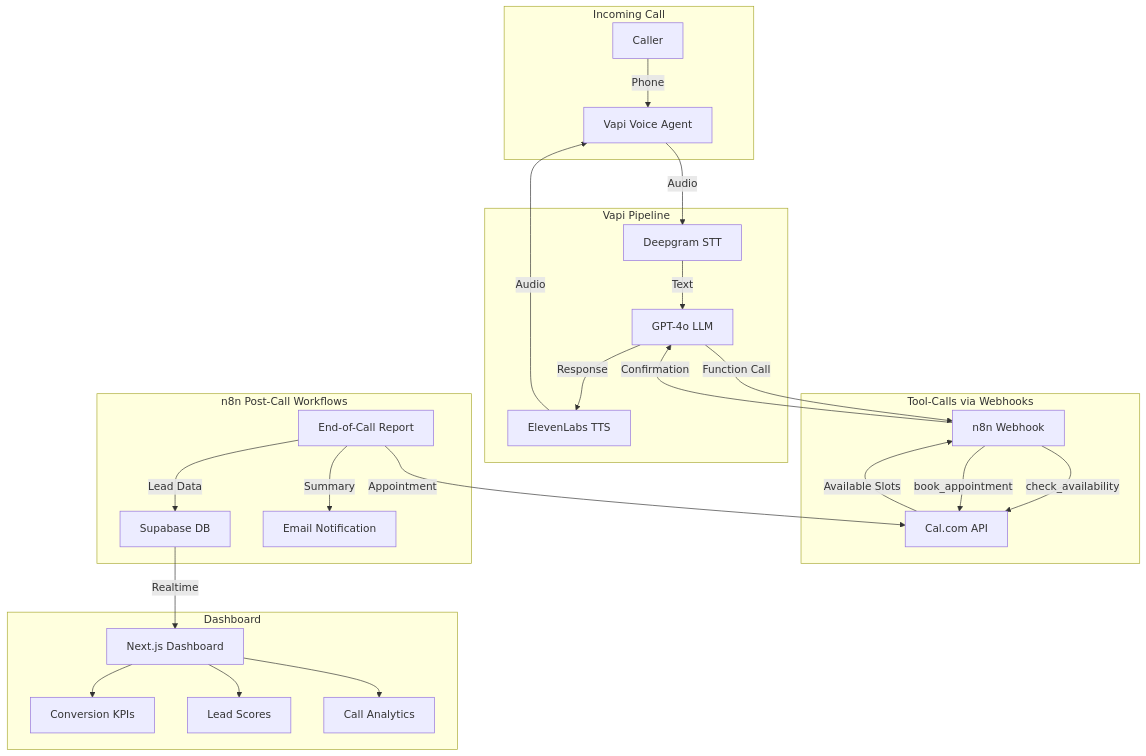
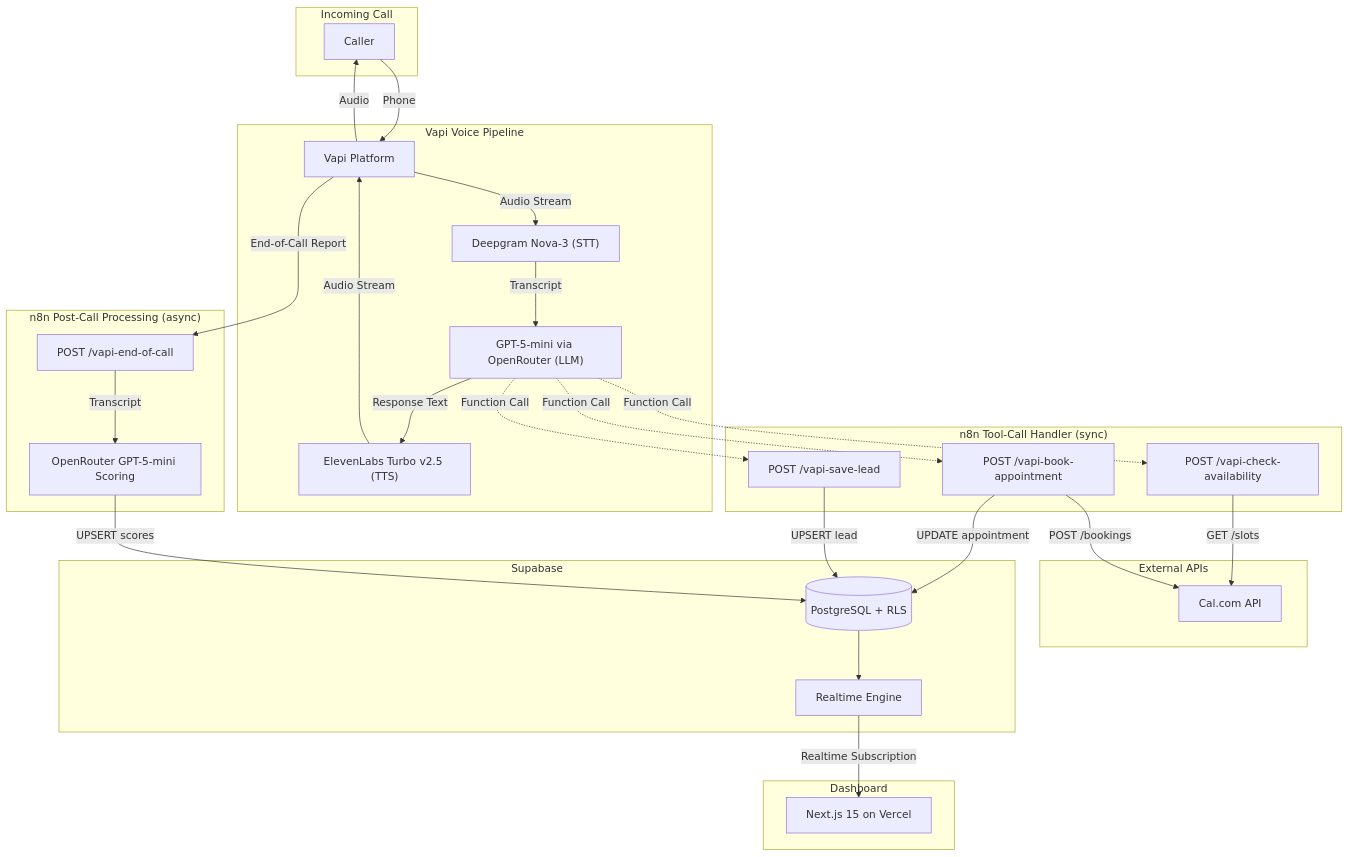
Before and after one commit to FynnL00/Everlast-AI-Voice-Agent-f-r-Business-Development: the first of 2 diagrams in README.md, drawn with Mermaid. The commit also changed other lines of this file and 6 other files, not shown here.

````diff
--- a/README.md
+++ b/README.md
@@ -7,34 +19,55 @@
 ```mermaid
 graph TB
     subgraph "Incoming Call"
-        A[Caller] -->|Phone| B[Vapi Voice Agent]
+        A[Caller]
     end
 
-    subgraph "Vapi Pipeline"
-        B -->|Audio| C[Deepgram STT]
-        C -->|Text| D[GPT-4o LLM]
-        D -->|Response| E[ElevenLabs TTS]
-        E -->|Audio| B
+    subgraph "Vapi Voice Pipeline"
+        B[Vapi Platform]
+        C["Deepgram Nova-3 (STT)"]
+        D["GPT-5-mini via OpenRouter (LLM)"]
+        E["ElevenLabs Turbo v2.5 (TTS)"]
+        A -->|Phone| B
+        B -->|Audio Stream| C
+        C -->|Transcript| D
+        D -->|Response Text| E
+        E -->|Audio Stream| B
+        B -->|Audio| A
     end
 
-    subgraph "Tool-Calls via Webhooks"
-        D -->|Function Call| F[n8n Webhook]
-        F -->|check_availability| G[Cal.com API]
-        F -->|book_appointment| G
-        G -->|Available Slots| F
-        F -->|Confirmation| D
+    subgraph "n8n Tool-Call Handler (sync)"
+        F1["POST /vapi-check-availability"]
+        F2["POST /vapi-book-appointment"]
+        F3["POST /vapi-save-lead"]
+        D -.->|Function Call| F1
+        D -.->|Function Call| F2
+        D -.->|Function Call| F3
     end
 
-    subgraph "n8n Post-Call Workflows"
-        H[End-of-Call Report] -->|Lead Data| I[Supabase DB]
-        H -->|Appointment| G
-        H -->|Summary| J[Email Notification]
+    subgraph "External APIs"
+        G["Cal.com API"]
+        F1 -->|GET /slots| G
+        F2 -->|POST /bookings| G
+    end
+
+    subgraph "n8n Post-Call Processing (async)"
+        H["POST /vapi-end-of-call"]
+        I["OpenRouter GPT-5-mini Scoring"]
+        B -->|End-of-Call Report| H
+        H -->|Transcript| I
+    end
+
+    subgraph "Supabase"
+        J[("PostgreSQL + RLS")]
+        K["Realtime Engine"]
+        F2 -->|UPDATE appointment| J
+        F3 -->|UPSERT lead| J
+        I -->|UPSERT scores| J
+        J --> K
     end
 
     subgraph "Dashboard"
-        I -->|Realtime| K[Next.js Dashboard]
-        K --> L[Conversion KPIs]
-        K --> M[Lead Scores]
-        K --> N[Call Analytics]
+        L["Next.js 15 on Vercel"]
+        K -->|Realtime Subscription| L
     end
 ```
````
